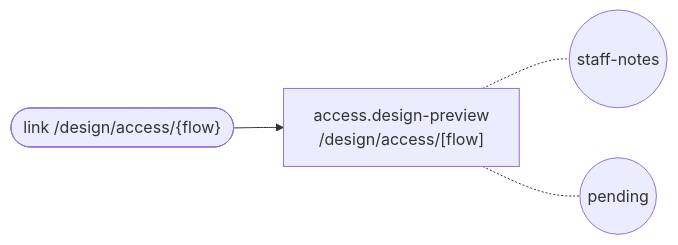
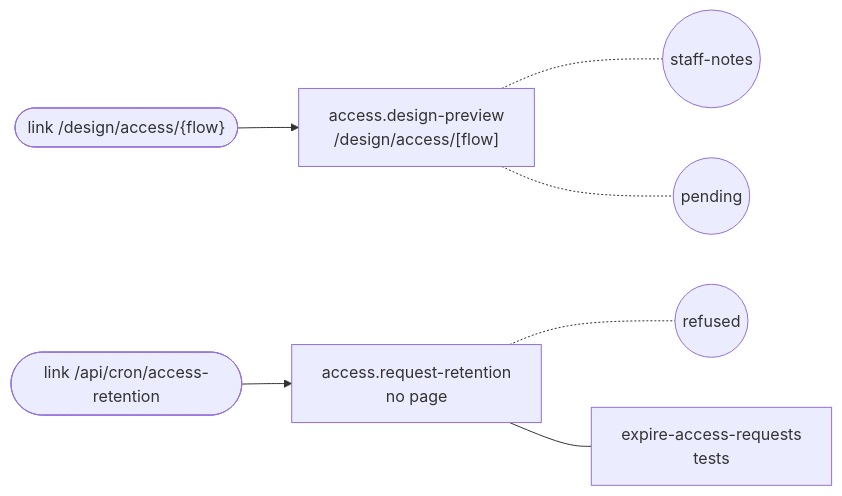
The diagram in docs/feature-maps/access.md (SebastianGarces/everyfield), drawn with Mermaid before and after one commit. The commit also changed other lines of this file and 22 other files, not shown here.

````diff
--- a/docs/feature-maps/access.md
+++ b/docs/feature-maps/access.md
@@ -6,8 +6,13 @@
 ```mermaid
 flowchart LR
   s0_link0(["link /design/access/{flow}"])
+  s1_link0(["link /api/cron/access-retention"])
   s0["access.design-preview<br/>/design/access/[flow]"]
   s0_link0 --> s0
   s0 -.- s0_st0(("staff-notes"))
   s0 -.- s0_st1(("pending"))
+  s1["access.request-retention<br/>no page"]
+  s1_link0 --> s1
+  s1 -.- s1_st0(("refused"))
+  s1 --- s1_b0["expire-access-requests<br/>tests"]
 ```
````
